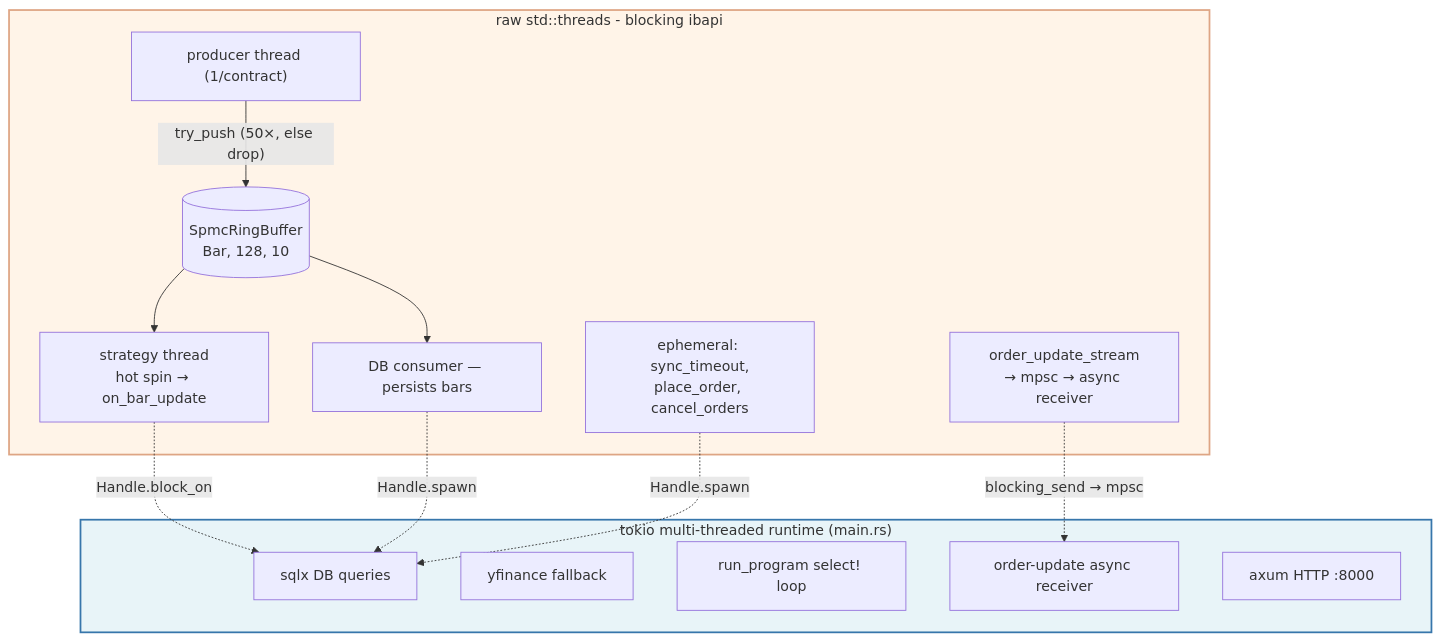
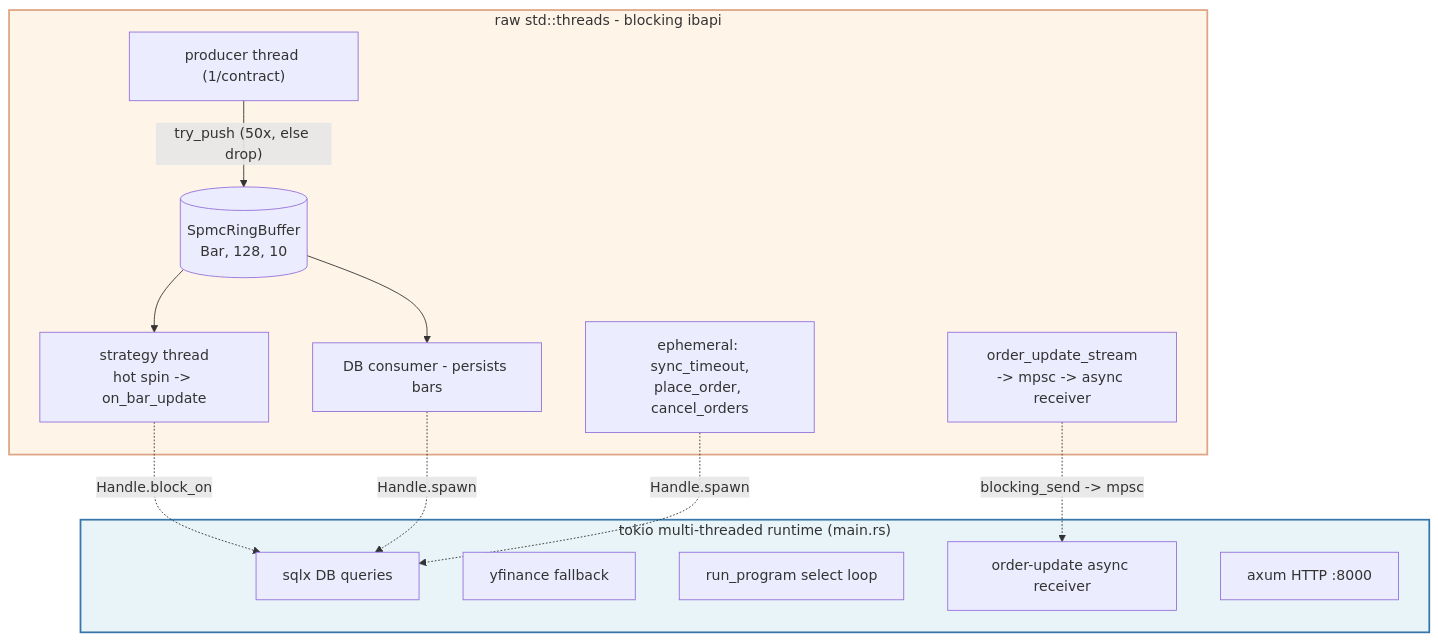
One commit to RyanTYT/rusty_trader changed the second of 2 diagrams in README.md. Above: the diagram before and after it, drawn with Mermaid.

````diff
--- a/README.md
+++ b/README.md
@@ -45,31 +45,31 @@
 ```mermaid
 flowchart TB
     subgraph tokio["tokio multi-threaded runtime (main.rs)"]
         SQLX["sqlx DB queries"]
         YFIN["yfinance fallback"]
-        SELECT["run_program select! loop"]
+        SELECT["run_program select loop"]
         OR["order-update async receiver"]
         AXUM["axum HTTP :8000"]
     end
 
     subgraph threads["raw std::threads - blocking ibapi"]
         PROD["producer thread (1/contract)"]
         RING[("SpmcRingBuffer<br/>Bar, 128, 10")]
-        DBC["DB consumer — persists bars"]
-        STRAT["strategy thread<br/>hot spin → on_bar_update"]
-        ORDUP["order_update_stream<br/>→ mpsc → async receiver"]
+        DBC["DB consumer - persists bars"]
+        STRAT["strategy thread<br/>hot spin -&gt; on_bar_update"]
+        ORDUP["order_update_stream<br/>-&gt; mpsc -&gt; async receiver"]
         EPHEM["ephemeral: sync_timeout,<br/>place_order, cancel_orders"]
 
-        PROD -->|"try_push (50×, else drop)"| RING
+        PROD -->|"try_push (50x, else drop)"| RING
         RING --> DBC
         RING --> STRAT
     end
 
     STRAT -.->|"Handle.block_on"| SQLX
     DBC -.->|"Handle.spawn"| SQLX
-    ORDUP -.->|"blocking_send → mpsc"| OR
+    ORDUP -.->|"blocking_send -&gt; mpsc"| OR
     EPHEM -.->|"Handle.spawn"| SQLX
 
     style tokio fill:#e8f4f8,stroke:#3776ab,stroke-width:2px
     style threads fill:#fff4e8,stroke:#dea584,stroke-width:2px
 ```
````
